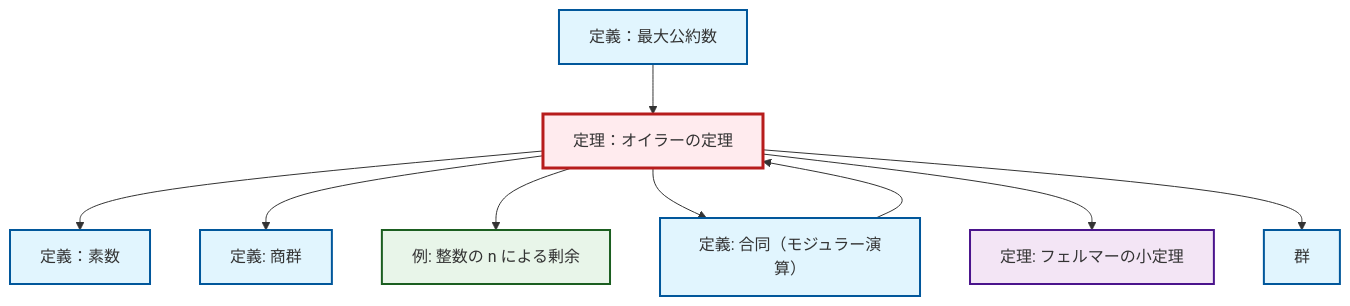
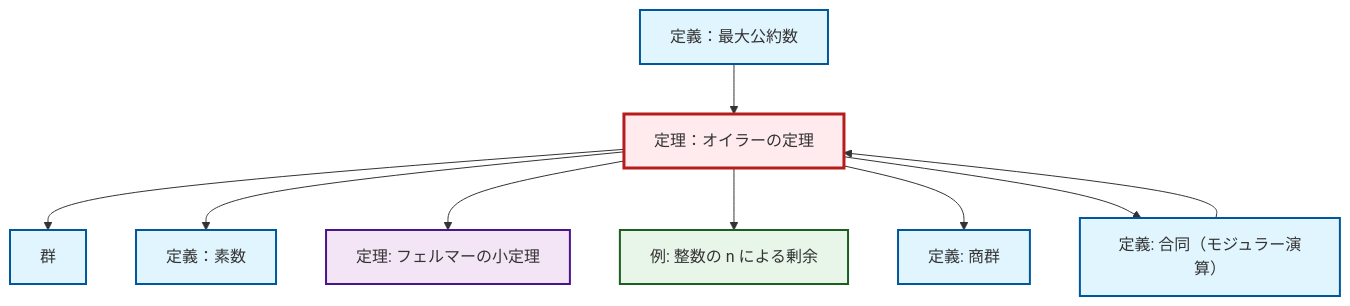
The diagram in content/ja/number-theory/thm-euler.qmd (RK0429/ModernMath), drawn with Mermaid before and after one commit. The commit also changed 672 other files, not shown here.

````diff
--- a/content/ja/number-theory/thm-euler.qmd
+++ b/content/ja/number-theory/thm-euler.qmd
@@ -53,33 +53,33 @@
 ```{mermaid}
-%%| fig-cap: "Local dependency graph"
+%%| fig-cap: "ローカル依存関係グラフ"
 graph TD
     classDef definition fill:#e1f5fe,stroke:#01579b,stroke-width:2px
     classDef theorem fill:#f3e5f5,stroke:#4a148c,stroke-width:2px
     classDef axiom fill:#fff3e0,stroke:#e65100,stroke-width:2px
     classDef example fill:#e8f5e9,stroke:#1b5e20,stroke-width:2px
     classDef current fill:#ffebee,stroke:#b71c1c,stroke-width:3px
-    def-gcd["定義：最大公約数"]:::definition
-    def-congruence["定義: 合同（モジュラー演算）"]:::definition
-    thm-euler["定理：オイラーの定理"]:::theorem
     thm-fermat-little["定理: フェルマーの小定理"]:::theorem
     def-quotient-group["定義: 商群"]:::definition
+    thm-euler["定理：オイラーの定理"]:::theorem
+    def-congruence["定義: 合同（モジュラー演算）"]:::definition
+    ex-quotient-integers-mod-n["例: 整数の n による剰余"]:::example
     def-prime["定義：素数"]:::definition
     def-group["群"]:::definition
-    ex-quotient-integers-mod-n["例: 整数の n による剰余"]:::example
+    def-gcd["定義：最大公約数"]:::definition
+    thm-euler --> def-group
+    def-congruence --> thm-euler
+    def-gcd --> thm-euler
     thm-euler --> def-prime
+    thm-euler --> thm-fermat-little
+    thm-euler --> ex-quotient-integers-mod-n
     thm-euler --> def-quotient-group
-    thm-euler --> ex-quotient-integers-mod-n
     thm-euler --> def-congruence
-    thm-euler --> thm-fermat-little
-    def-gcd --> thm-euler
-    def-congruence --> thm-euler
-    thm-euler --> def-group
     class thm-euler current
-    click def-gcd "def-gcd.html" "定義：最大公約数へ"
-    click def-congruence "def-congruence.html" "合同（モジュラー演算）の定義へ"
     click thm-fermat-little "thm-fermat-little.html" "フェルマーの小定理の定理へ"
     click def-quotient-group "def-quotient-group.html" "商群の定義へ"
+    click def-congruence "def-congruence.html" "合同（モジュラー演算）の定義へ"
+    click ex-quotient-integers-mod-n "ex-quotient-integers-mod-n.html" "整数の n による剰余の例へ"
     click def-prime "def-prime.html" "定義：素数へ"
     click def-group "def-group.html" "群へ"
-    click ex-quotient-integers-mod-n "ex-quotient-integers-mod-n.html" "整数の n による剰余の例へ"
+    click def-gcd "def-gcd.html" "定義：最大公約数へ"
 ```
````
